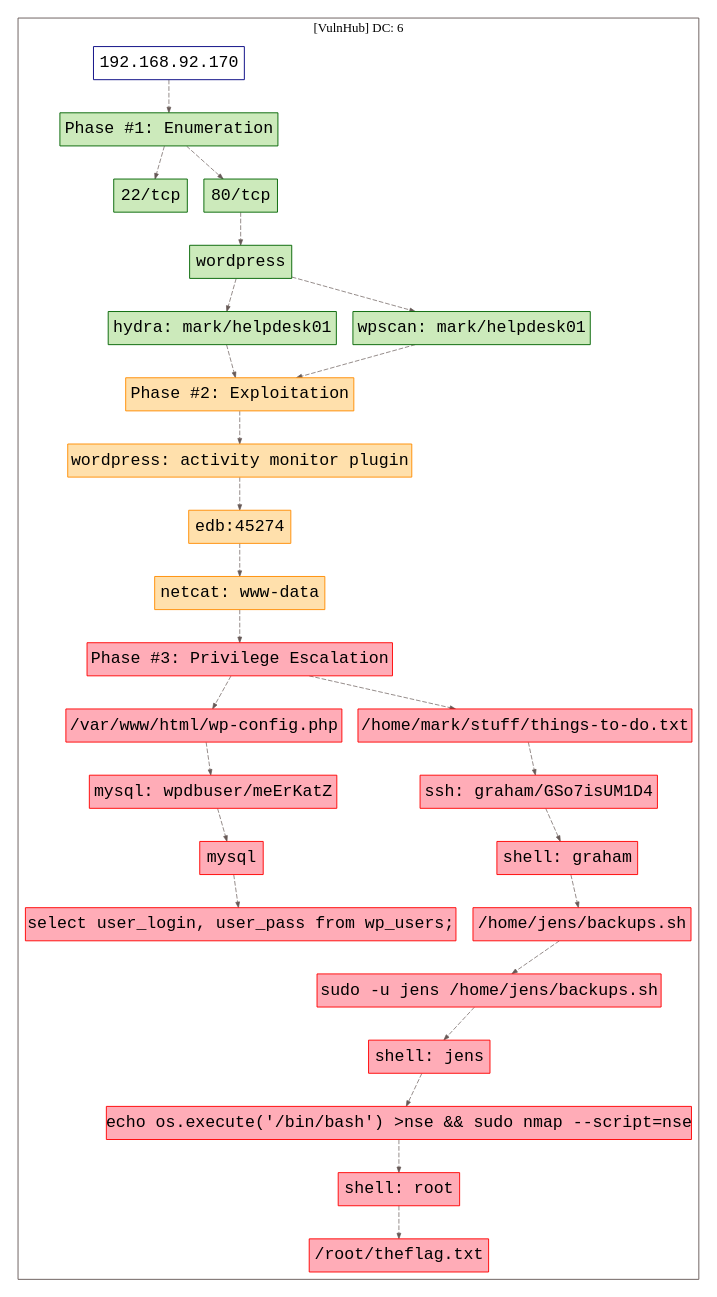
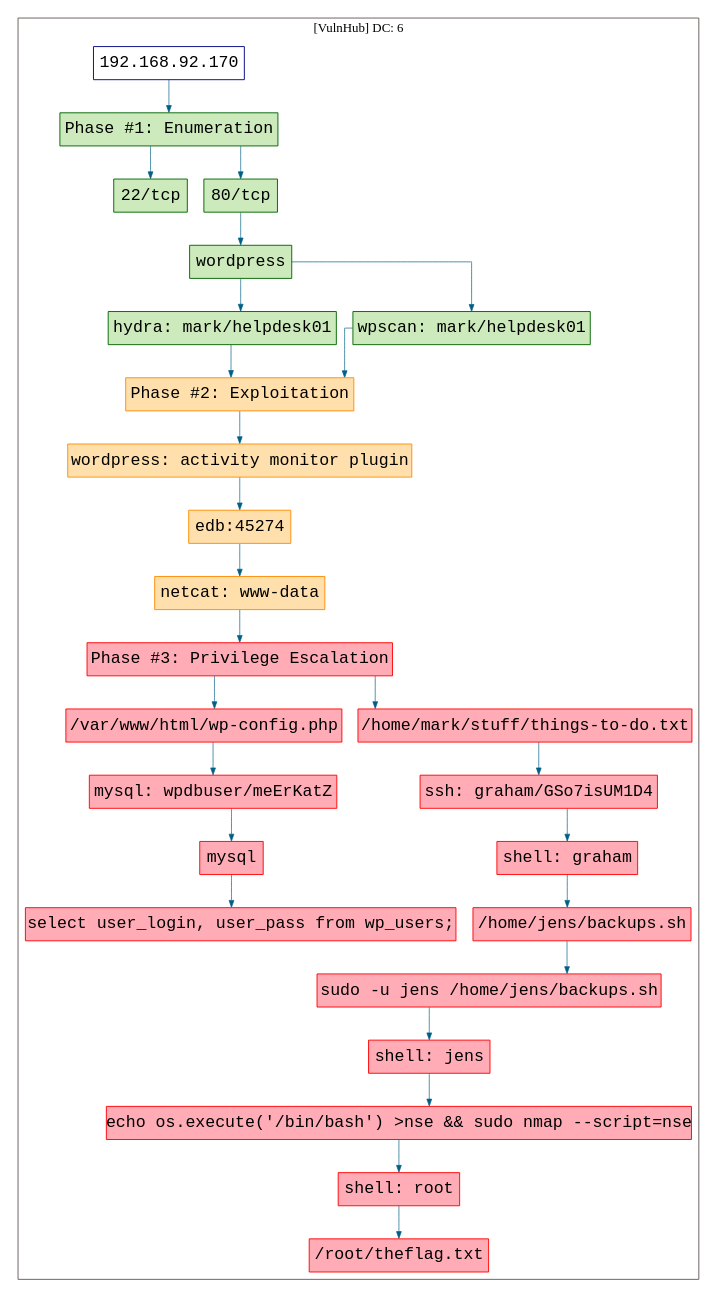
Before and after one commit to 7h3rAm/writeups: the diagram in vulnhub.dc6/killchain.dot, drawn with Graphviz. The commit also changed 112 other files, not shown here.

```diff
--- a/vulnhub.dc6/killchain.dot
+++ b/vulnhub.dc6/killchain.dot
@@ -1,63 +1,63 @@
 digraph G {
   #rankdir=LR;
-  nodesdictep=1.0; splines="line"; K=0.6; overlap=scale; fixedsize=true; resolution=72; bgcolor="#ffffff"; outputorder="edgesfirst";
+  nodesdictep=1.0; splines="ortho"; K=0.6; overlap=scale; fixedsize=true; resolution=72; bgcolor="#ffffff"; outputorder="edgesfirst";
   node [fontname="courier" fontsize=18 shape=box width=0.25 fillcolor="white" style="filled,solid"];
-  edge [style=dashed color="#665957" penwidth=0.75 arrowsize=0.6];
+  edge [style=solid color="#005f87" penwidth=0.75 arrowsize=0.75];
 
   0[label="192.168.92.170" color="navyblue" fillcolor="#ffffff" tooltip="[VulnHub] DC: 6"];
   10[label="netcat: www-data" color="darkorange" fillcolor="#ffe0ac" tooltip="Phase #2:Exploitation"];
   11[label="Phase #3: Privilege Escalation" color="red" fillcolor="#ffacb7" tooltip="Phase #3:Privilege Escalation"];
   12[label="/var/www/html/wp-config.php" color="red" fillcolor="#ffacb7" tooltip="Phase #3:Privilege Escalation"];
   13[label="mysql: wpdbuser/meErKatZ" color="red" fillcolor="#ffacb7" tooltip="Phase #3:Privilege Escalation"];
   14[label="mysql" color="red" fillcolor="#ffacb7" tooltip="Phase #3:Privilege Escalation"];
   15[label="select user_login, user_pass from wp_users;" color="red" fillcolor="#ffacb7" tooltip="Phase #3:Privilege Escalation"];
   16[label="/home/mark/stuff/things-to-do.txt" color="red" fillcolor="#ffacb7" tooltip="Phase #3:Privilege Escalation"];
   17[label="ssh: graham/GSo7isUM1D4" color="red" fillcolor="#ffacb7" tooltip="Phase #3:Privilege Escalation"];
   18[label="shell: graham" color="red" fillcolor="#ffacb7" tooltip="Phase #3:Privilege Escalation"];
   19[label="/home/jens/backups.sh" color="red" fillcolor="#ffacb7" tooltip="Phase #3:Privilege Escalation"];
   1[label="Phase #1: Enumeration" color="darkgreen" fillcolor="#cceabb" tooltip="Phase #1:Enumeration"];
   20[label="sudo -u jens /home/jens/backups.sh" color="red" fillcolor="#ffacb7" tooltip="Phase #3:Privilege Escalation"];
   21[label="shell: jens" color="red" fillcolor="#ffacb7" tooltip="Phase #3:Privilege Escalation"];
   22[label="echo os.execute('/bin/bash') >nse && sudo nmap --script=nse" color="red" fillcolor="#ffacb7" tooltip="Phase #3:Privilege Escalation"];
   23[label="shell: root" color="red" fillcolor="#ffacb7" tooltip="Phase #3:Privilege Escalation"];
   24[label="/root/theflag.txt" color="red" fillcolor="#ffacb7" tooltip="Phase #3:Privilege Escalation"];
   2[label="22/tcp" color="darkgreen" fillcolor="#cceabb" tooltip="Phase #1:Enumeration"];
   3[label="80/tcp" color="darkgreen" fillcolor="#cceabb" tooltip="Phase #1:Enumeration"];
   4[label="wordpress" color="darkgreen" fillcolor="#cceabb" tooltip="Phase #1:Enumeration"];
   5[label="hydra: mark/helpdesk01" color="darkgreen" fillcolor="#cceabb" tooltip="Phase #1:Enumeration"];
   6[label="Phase #2: Exploitation" color="darkorange" fillcolor="#ffe0ac" tooltip="Phase #2:Exploitation"];
   7[label="wordpress: activity monitor plugin" color="darkorange" fillcolor="#ffe0ac" tooltip="Phase #2:Exploitation"];
   8[label="wpscan: mark/helpdesk01" color="darkgreen" fillcolor="#cceabb" tooltip="Phase #1:Enumeration"];
   9[label="edb:45274" color="darkorange" fillcolor="#ffe0ac" tooltip="Phase #2:Exploitation"];
 
   subgraph cluster_0 {
     node [style="filled,solid"];
     label = "[VulnHub] DC: 6";
     color = "#665957";
-    0 -> 1 [color="#665957"];
-    1 -> 2 [color="#665957"];
-    1 -> 3 [color="#665957"];
-    10 -> 11 [color="#665957"];
-    11 -> 12 [color="#665957"];
-    11 -> 16 [color="#665957"];
-    12 -> 13 [color="#665957"];
-    13 -> 14 [color="#665957"];
-    14 -> 15 [color="#665957"];
-    16 -> 17 [color="#665957"];
-    17 -> 18 [color="#665957"];
-    18 -> 19 [color="#665957"];
-    19 -> 20 [color="#665957"];
-    20 -> 21 [color="#665957"];
-    21 -> 22 [color="#665957"];
-    22 -> 23 [color="#665957"];
-    23 -> 24 [color="#665957"];
-    3 -> 4 [color="#665957"];
-    4 -> 5 [color="#665957"];
-    4 -> 8 [color="#665957"];
-    5 -> 6 [color="#665957"];
-    6 -> 7 [color="#665957"];
-    7 -> 9 [color="#665957"];
-    8 -> 6 [color="#665957"];
-    9 -> 10 [color="#665957"];
+    0 -> 1 [color="#005f87"];
+    1 -> 2 [color="#005f87"];
+    1 -> 3 [color="#005f87"];
+    10 -> 11 [color="#005f87"];
+    11 -> 12 [color="#005f87"];
+    11 -> 16 [color="#005f87"];
+    12 -> 13 [color="#005f87"];
+    13 -> 14 [color="#005f87"];
+    14 -> 15 [color="#005f87"];
+    16 -> 17 [color="#005f87"];
+    17 -> 18 [color="#005f87"];
+    18 -> 19 [color="#005f87"];
+    19 -> 20 [color="#005f87"];
+    20 -> 21 [color="#005f87"];
+    21 -> 22 [color="#005f87"];
+    22 -> 23 [color="#005f87"];
+    23 -> 24 [color="#005f87"];
+    3 -> 4 [color="#005f87"];
+    4 -> 5 [color="#005f87"];
+    4 -> 8 [color="#005f87"];
+    5 -> 6 [color="#005f87"];
+    6 -> 7 [color="#005f87"];
+    7 -> 9 [color="#005f87"];
+    8 -> 6 [color="#005f87"];
+    9 -> 10 [color="#005f87"];
   }
 }
```
